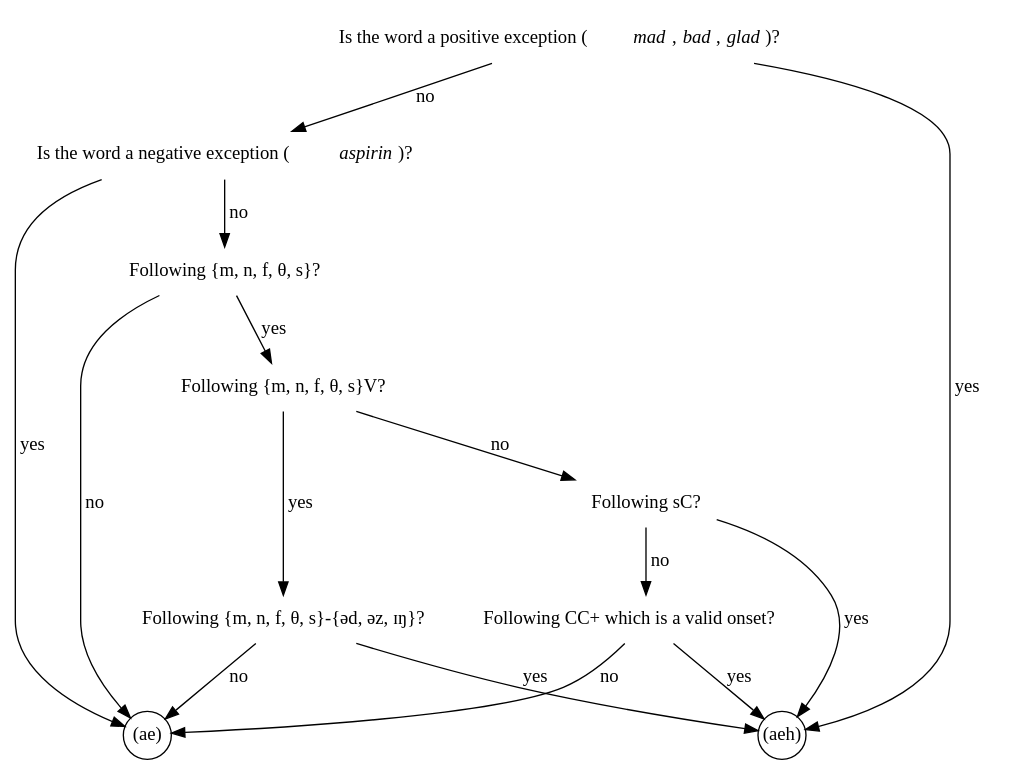
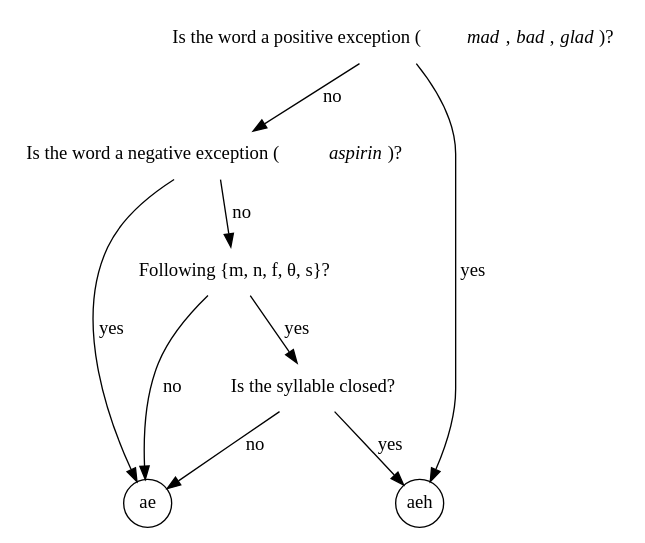
The diagram in coding.gv (hilaryp/Phila-short-a), drawn with Graphviz before and after one commit. The commit also changed 1 other file, not shown here.

```diff
--- a/coding.gv
+++ b/coding.gv
@@ -1,41 +1,29 @@
 digraph coding {
     //splines=polyline;
 
     node [shape=plaintext fontname="TimesNewRomanPSMT"];
     
     // vertices
-    "posexcept?"     [label=<Is the word a positive exception ( <i>mad</i>, <i>bad</i>, <i>glad</i>)?>];
-    "negexcept?"     [label=<Is the word a negative exception ( <i>aspirin</i>)?>];
+    "posexcept?"     [label=<Is the word a positive exception ( <i>mad</i>, <i>bad</i>, <i>glad</i> )?>];
+    "negexcept?"     [label=<Is the word a negative exception ( <i>aspirin</i> )?>];
     "tenser?"        [label="Following {m, n, f, θ, s}?"];
-    "tenser-vowel?"  [label="Following {m, n, f, θ, s}V?"];
-    "sC?"            [label="Following sC?"];
-    //"maxons?"        [label=<Following __ C<sub>1</sub> (where C<sub>1</sub> is a possible onset)?>];
-    "maxons?"        [label=<Following CC+ which is a valid onset?>];
-    "resyllab?"      [label="Following {m, n, f, θ, s}-{əd, əz, ɪŋ}?"];
-
+    "closed?"        [label="Is the syllable closed?"];
+    
     node [shape=circle fixedsize=true];
-    "ae" [label="(ae)"];
-    "aeh" [label="(aeh)"];
+    "ae" [label="ae"];
+    "aeh" [label="aeh"];
 
     // edges
     "posexcept?"    -> "aeh"               [label=<  yes>];
     "posexcept?"    -> "negexcept?"        [label=<  no>];
 
     "negexcept?"    -> "ae"                [label=<  yes>];
     "negexcept?"    -> "tenser?"           [label=<  no>];
 
-    "tenser?"       -> "tenser-vowel?"     [label=<  yes>]
+    "tenser?"       -> "closed?"           [label=<  yes>];
     "tenser?"       -> "ae"                [label=<  no>];
 
-    "tenser-vowel?" -> "resyllab?"         [label=<  yes>];
-    "tenser-vowel?" -> "sC?"               [label=<  no>];
+    "closed?"       -> "aeh"               [label=<  yes>];
+    "closed?"       -> "ae"                [label=<  no>];
 
-    "resyllab?"     -> "aeh"               [label=<  yes>];
-    "resyllab?"     -> "ae"                [label=<  no>];
-
-    "sC?"           -> "aeh"               [label=<  yes>];
-    "sC?"           -> "maxons?"           [label=<  no>];
-    
-    "maxons?"       -> "aeh"               [label=<  yes>];
-    "maxons?"       -> "ae"                [label=<  no>];
 }
```
